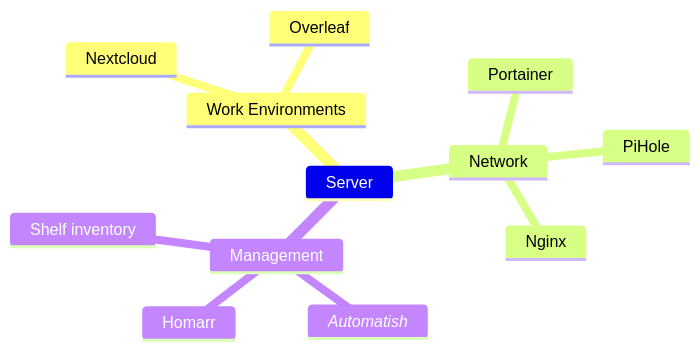
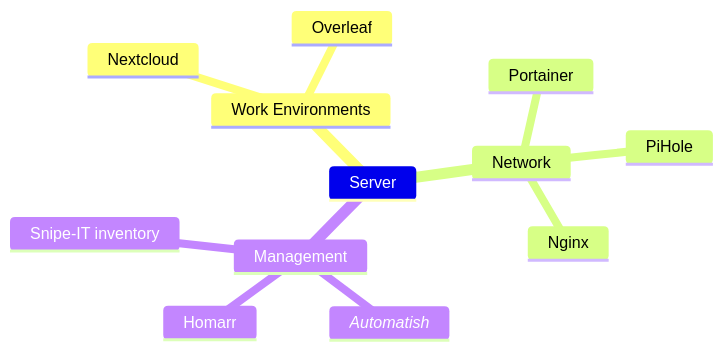
The diagram in README.md (IE-Robotics-Lab/server), drawn with Mermaid before and after one commit.

````diff
--- a/README.md
+++ b/README.md
@@ -3,15 +3,15 @@
 ```mermaid
 mindmap
 Server
 	Work Environments
 	    Nextcloud
 	    Overleaf
 	Network
 		PiHole
 		Portainer
 		Nginx
 	Management
 		_Automatish_
 		Homarr
-		Shelf inventory
+		Snipe-IT inventory
 ```
````
